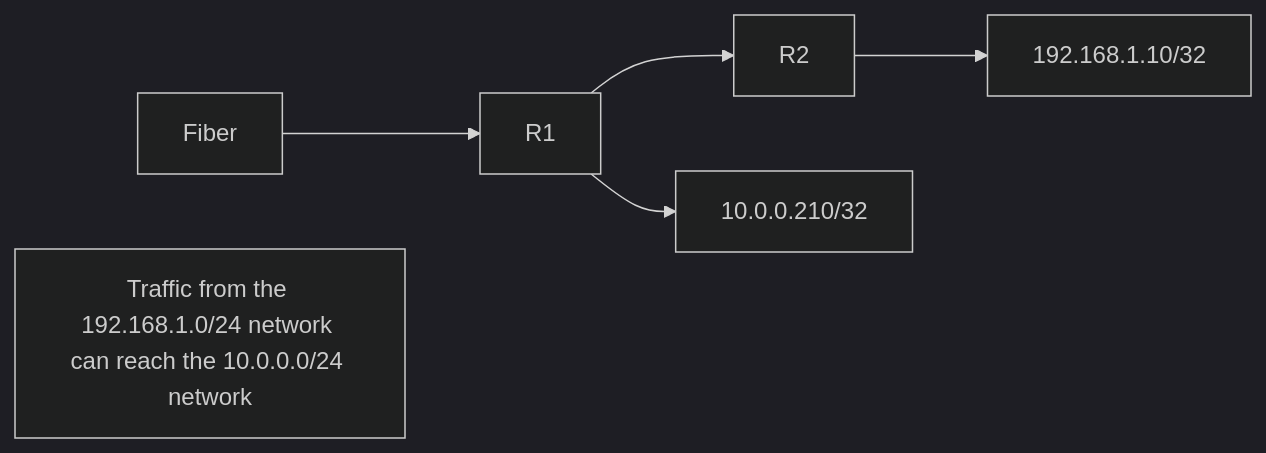
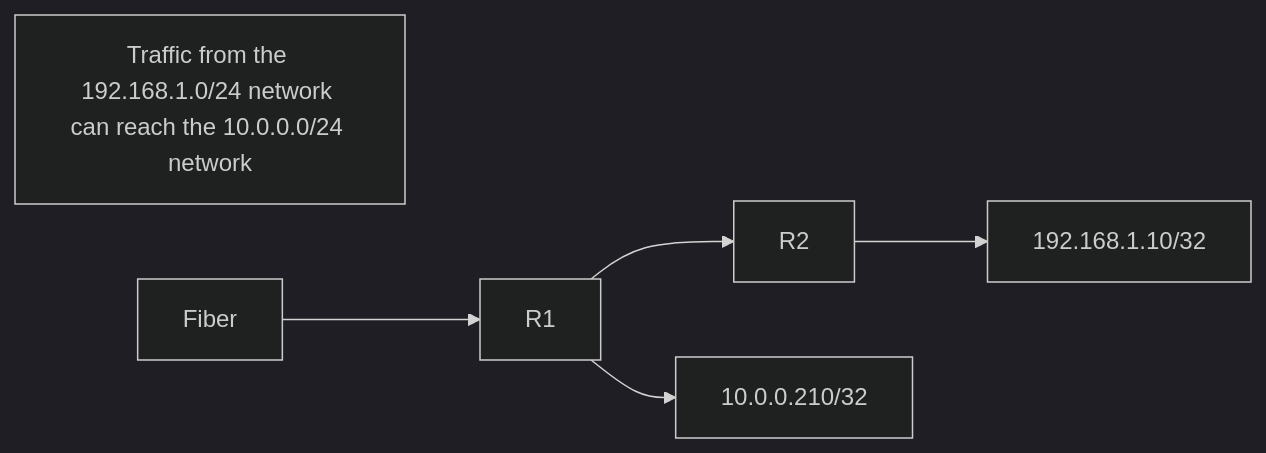
The diagram in Topology.md (notkasim/DOCS), drawn with Mermaid (dark theme) before and after one commit.

````diff
--- a/Topology.md
+++ b/Topology.md
@@ -4,9 +4,8 @@
 ```mermaid
 graph LR;
+    id1[Traffic from the 192.168.1.0/24 network can reach the 10.0.0.0/24 network]
     Fiber-->R1;
     R1-->R2;
-id1[Traffic from the 192.168.1.0/24 network can reach the 10.0.0.0/24 network]
-
     R1-->10.0.0.210/32;
     R2-->192.168.1.10/32;
 ```
````
